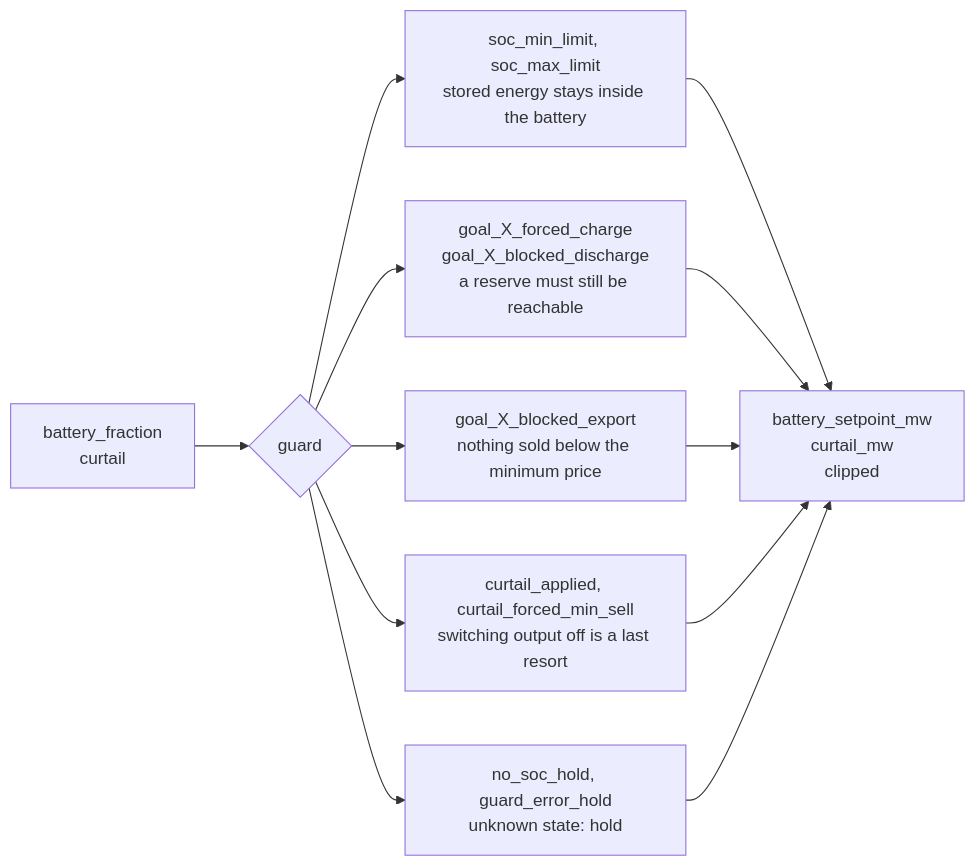
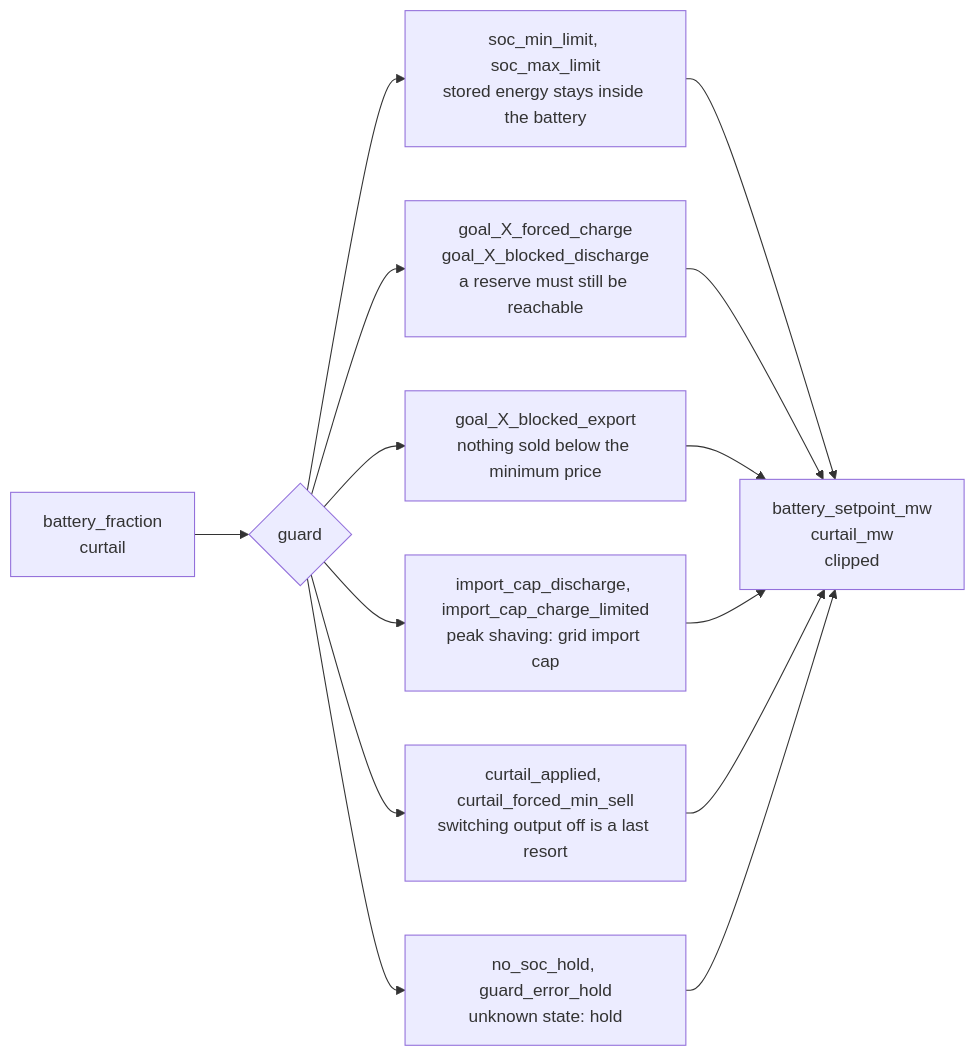
One commit to TeodorLepadatu/GitRekt-smarthack2026 changed the fourth of 4 diagrams in README.md. Above: the diagram before and after it, drawn with Mermaid. The commit also changed other lines of this file, not shown here.

````diff
--- a/README.md
+++ b/README.md
@@ -117,14 +268,16 @@
 ```mermaid
 flowchart LR
     IN["battery_fraction<br/>curtail"] --> G{"guard"}
     G --> R1["soc_min_limit, soc_max_limit<br/>stored energy stays inside the battery"]
     G --> R2["goal_X_forced_charge<br/>goal_X_blocked_discharge<br/>a reserve must still be reachable"]
     G --> R3["goal_X_blocked_export<br/>nothing sold below the minimum price"]
+    G --> R6["import_cap_discharge, import_cap_charge_limited<br/>peak shaving: grid import cap"]
     G --> R4["curtail_applied, curtail_forced_min_sell<br/>switching output off is a last resort"]
     G --> R5["no_soc_hold, guard_error_hold<br/>unknown state: hold"]
     R1 --> OUT["battery_setpoint_mw<br/>curtail_mw<br/>clipped"]
     R2 --> OUT
     R3 --> OUT
+    R6 --> OUT
     R4 --> OUT
     R5 --> OUT
 ```
````
